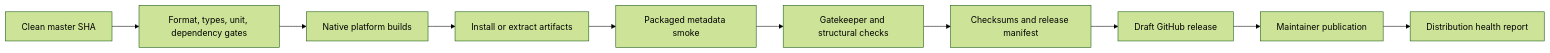
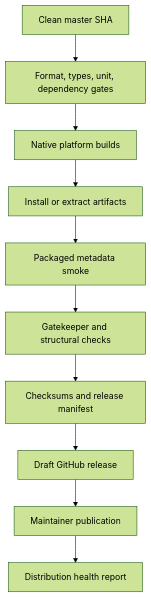
The diagram in docs/subsystems/build-test-release.md (szTheory/exifcleaner), drawn with Mermaid (forest theme) before and after one commit. The commit also changed 3 other files, not shown here.

````diff
--- a/docs/subsystems/build-test-release.md
+++ b/docs/subsystems/build-test-release.md
@@ -6,12 +6,12 @@
 ```mermaid
-flowchart LR
+flowchart TB
     S[Clean master SHA] --> Q[Format, types, unit, dependency gates]
     Q --> B[Native platform builds]
     B --> I[Install or extract artifacts]
     I --> M[Packaged metadata smoke]
     M --> G[Gatekeeper and structural checks]
     G --> C[Checksums and release manifest]
     C --> D[Draft GitHub release]
     D --> P[Maintainer publication]
     P --> H[Distribution health report]
 ```
````
